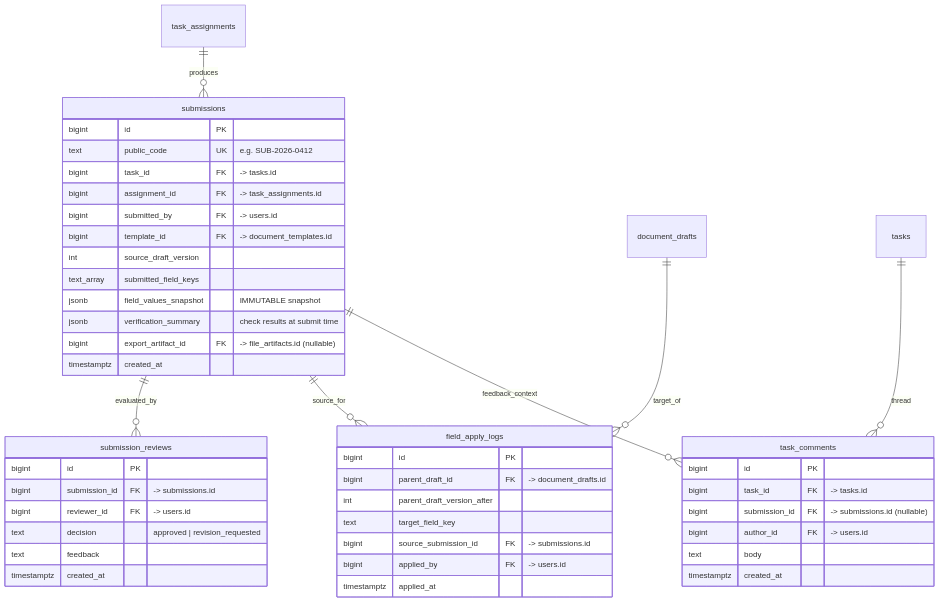
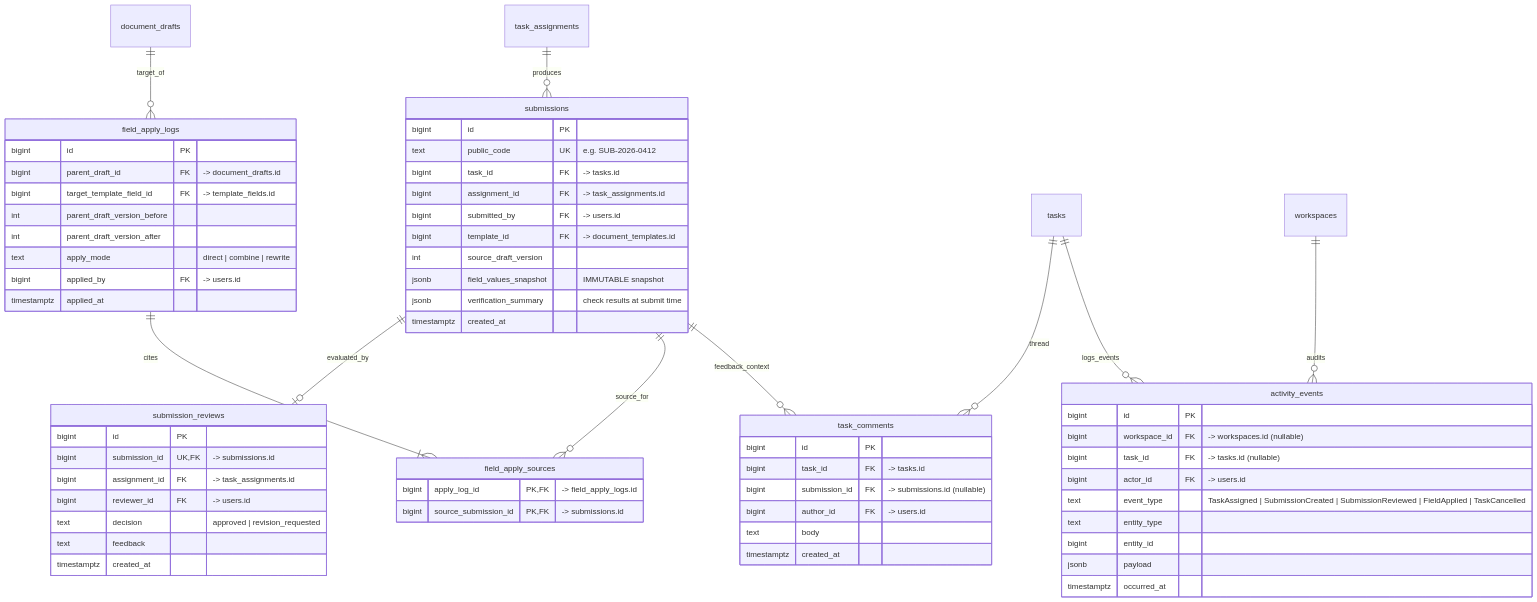
One commit to buitrong06/CS300-DocumentFromForm changed the seventh of 7 diagrams in docs/analysis-and-design/database-overview.md. Above: the diagram before and after it, drawn with Mermaid. The commit also changed other lines of this file and 1 other file, not shown here.

Commit message:
docs(db): resolve ER model integrity, lineage, provenance, and audit event gaps

````diff
--- a/docs/analysis-and-design/database-overview.md
+++ b/docs/analysis-and-design/database-overview.md
@@ -290,49 +314,67 @@
 ```mermaid
 erDiagram
     task_assignments ||--o{ submissions : "produces"
-    submissions ||--o{ submission_reviews : "evaluated_by"
-    submissions ||--o{ field_apply_logs : "source_for"
+    submissions ||--o| submission_reviews : "evaluated_by"
     document_drafts ||--o{ field_apply_logs : "target_of"
+    field_apply_logs ||--|{ field_apply_sources : "cites"
+    submissions ||--o{ field_apply_sources : "source_for"
     tasks ||--o{ task_comments : "thread"
     submissions ||--o{ task_comments : "feedback_context"
+    workspaces ||--o{ activity_events : "audits"
+    tasks ||--o{ activity_events : "logs_events"
 
     submissions {
         bigint id PK
         text public_code UK "e.g. SUB-2026-0412"
         bigint task_id FK "-> tasks.id"
         bigint assignment_id FK "-> task_assignments.id"
         bigint submitted_by FK "-> users.id"
         bigint template_id FK "-> document_templates.id"
         int source_draft_version
-        text_array submitted_field_keys
         jsonb field_values_snapshot "IMMUTABLE snapshot"
         jsonb verification_summary "check results at submit time"
-        bigint export_artifact_id FK "-> file_artifacts.id (nullable)"
         timestamptz created_at
     }
     submission_reviews {
         bigint id PK
-        bigint submission_id FK "-> submissions.id"
+        bigint submission_id UK,FK "-> submissions.id"
+        bigint assignment_id FK "-> task_assignments.id"
         bigint reviewer_id FK "-> users.id"
         text decision "approved | revision_requested"
         text feedback
         timestamptz created_at
     }
     field_apply_logs {
         bigint id PK
         bigint parent_draft_id FK "-> document_drafts.id"
+        bigint target_template_field_id FK "-> template_fields.id"
+        int parent_draft_version_before
         int parent_draft_version_after
-        text target_field_key
-        bigint source_submission_id FK "-> submissions.id"
+        text apply_mode "direct | combine | rewrite"
         bigint applied_by FK "-> users.id"
         timestamptz applied_at
+    }
+    field_apply_sources {
+        bigint apply_log_id PK,FK "-> field_apply_logs.id"
+        bigint source_submission_id PK,FK "-> submissions.id"
     }
     task_comments {
         bigint id PK
         bigint task_id FK "-> tasks.id"
         bigint submission_id FK "-> submissions.id (nullable)"
         bigint author_id FK "-> users.id"
         text body
         timestamptz created_at
     }
+    activity_events {
+        bigint id PK
+        bigint workspace_id FK "-> workspaces.id (nullable)"
+        bigint task_id FK "-> tasks.id (nullable)"
+        bigint actor_id FK "-> users.id"
+        text event_type "TaskAssigned | SubmissionCreated | SubmissionReviewed | FieldApplied | TaskCancelled"
+        text entity_type
+        bigint entity_id
+        jsonb payload
+        timestamptz occurred_at
+    }
 ```
````
